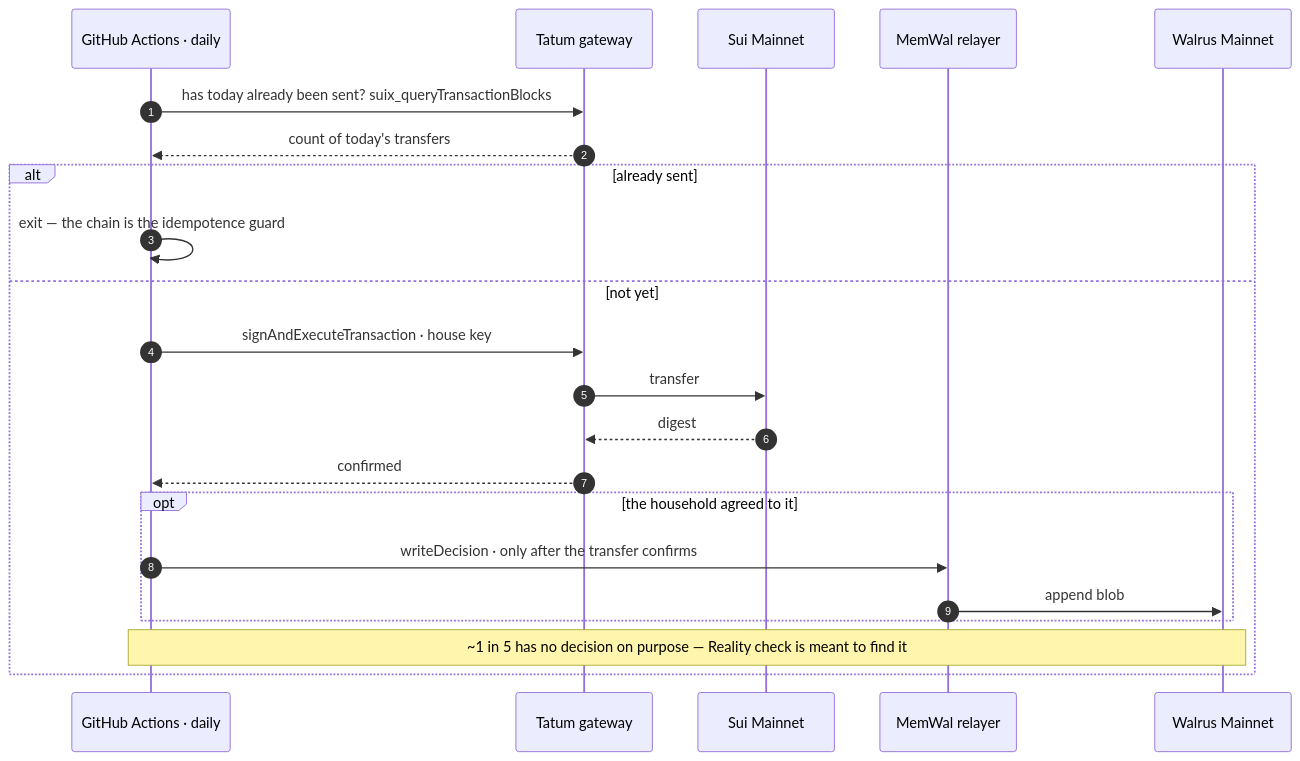
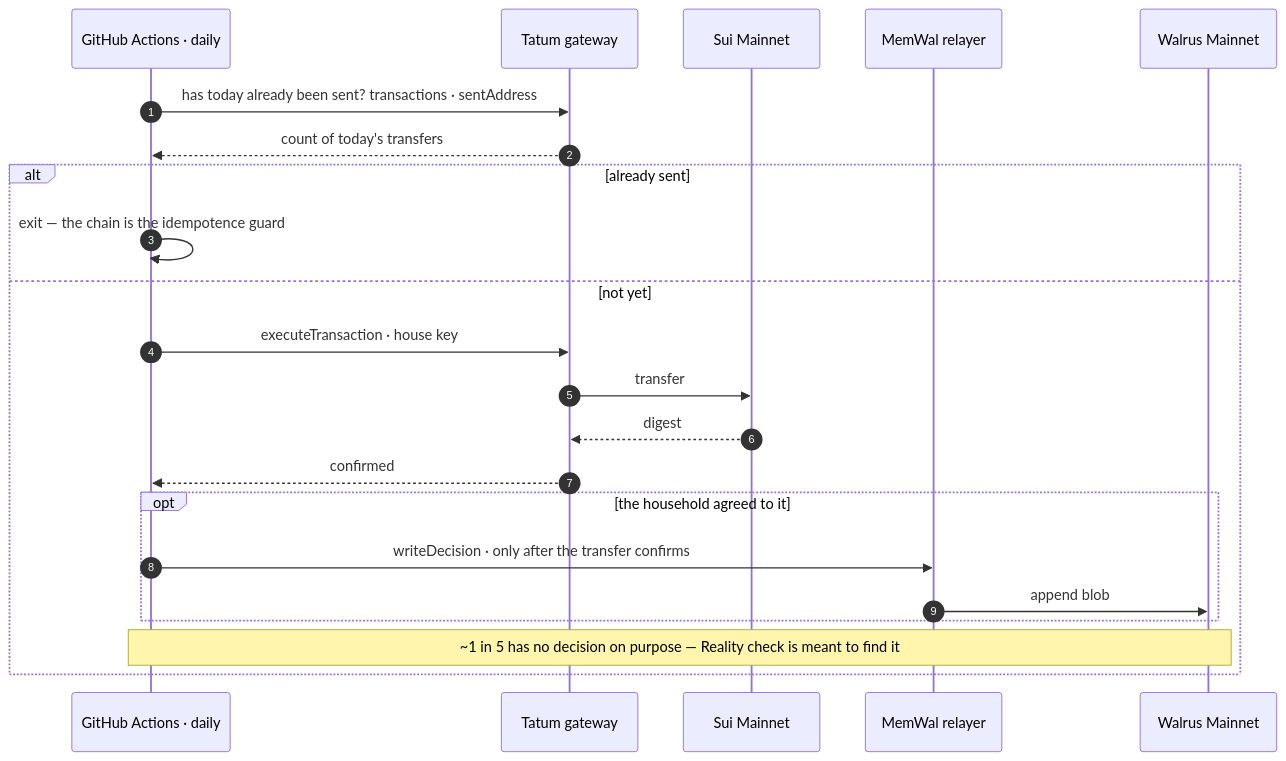
One commit to EdCryptoFi/unwritten changed the third of 3 diagrams in README.md. Above: the diagram before and after it, drawn with Mermaid. The commit also changed other lines of this file and 10 other files, not shown here.

First line of the commit message:
Move Tatum reads and the daily signer from JSON-RPC to GraphQL

````diff
--- a/README.md
+++ b/README.md
@@ -154,24 +154,24 @@
 ```mermaid
 sequenceDiagram
   autonumber
   participant G as GitHub Actions · daily
   participant T as Tatum gateway
   participant S as Sui Mainnet
   participant M as MemWal relayer
   participant W as Walrus Mainnet
-  G->>T: has today already been sent? suix_queryTransactionBlocks
+  G->>T: has today already been sent? transactions · sentAddress
   T-->>G: count of today's transfers
   alt already sent
     G->>G: exit — the chain is the idempotence guard
   else not yet
-    G->>T: signAndExecuteTransaction · house key
+    G->>T: executeTransaction · house key
     T->>S: transfer
     S-->>T: digest
     T-->>G: confirmed
     opt the household agreed to it
       G->>M: writeDecision · only after the transfer confirms
       M->>W: append blob
     end
     Note over G,W: ~1 in 5 has no decision on purpose — Reality check is meant to find it
   end
 ```
````
